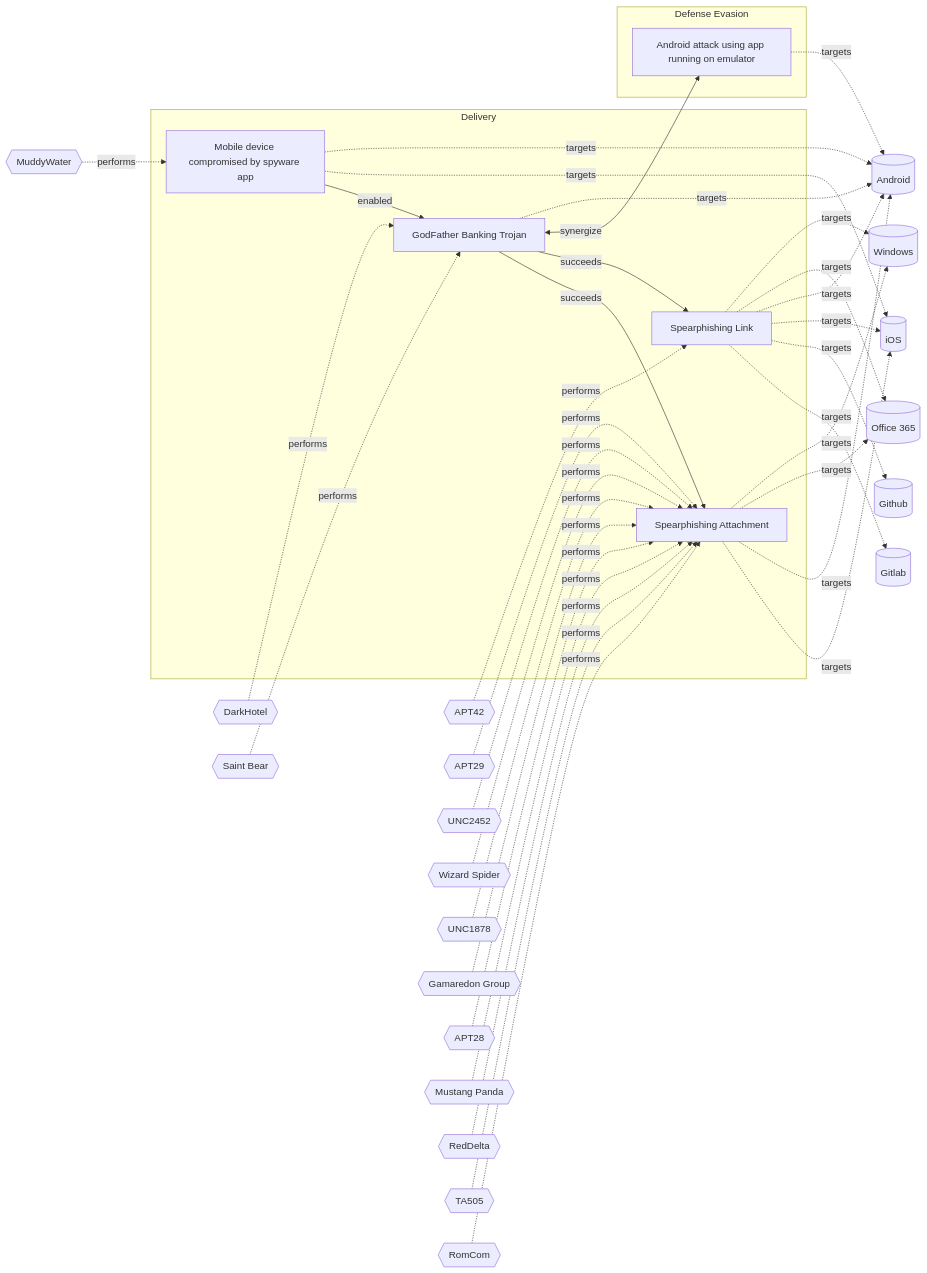
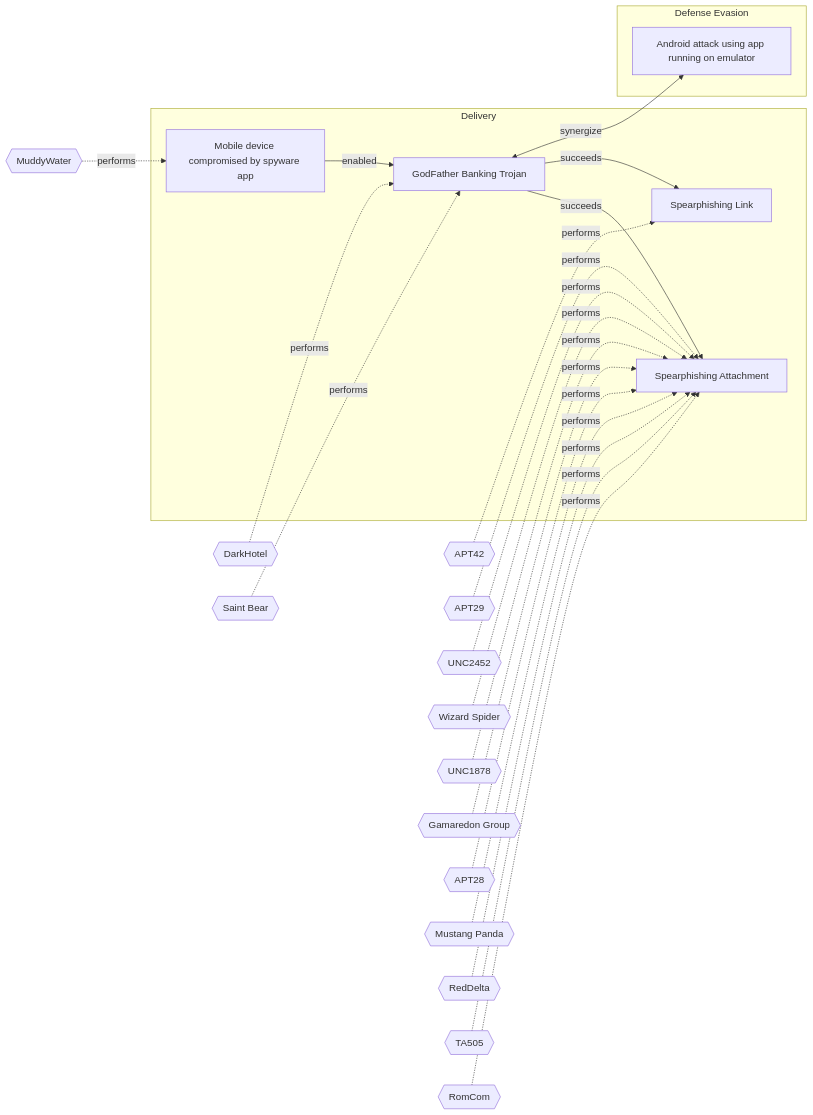
The diagram in Models/Threat Vectors/☣️ Android attack using app running on emulator.md (OpenTideHQ/WikiTide), drawn with Mermaid before and after one commit. The commit also changed other lines of this file and 232 other files, not shown here.

````diff
--- a/Models/Threat Vectors/☣️ Android attack using app running on emulator.md
+++ b/Models/Threat Vectors/☣️ Android attack using app running on emulator.md
@@ -90,76 +90,56 @@
 ```mermaid
 
 flowchart LR
 
 46a79e6f-3df1-4332-a452-3f1fe83bdaf3[GodFather Banking Trojan]
 4a4a7c81-ca98-4761-8f23-7ef6354e9d1c[Android attack using app running on emulator]
 1a68b5eb-0112-424d-a21f-88dda0b6b8df[Spearphishing Link]
 dd5d942c-bac4-4000-b9a6-ca4fef6cfb84[Spearphishing Attachment]
 99c78650-8e19-4756-90fb-2573242577ca[Mobile device compromised by spyware app]
 
 subgraph Delivery
 46a79e6f-3df1-4332-a452-3f1fe83bdaf3
 1a68b5eb-0112-424d-a21f-88dda0b6b8df
 dd5d942c-bac4-4000-b9a6-ca4fef6cfb84
 99c78650-8e19-4756-90fb-2573242577ca
 end
 subgraph Defense Evasion
 4a4a7c81-ca98-4761-8f23-7ef6354e9d1c
 end
 
-Android[(Android)]
-Windows[(Windows)]
-Office365[(Office 365)]
-iOS[(iOS)]
-Github[(Github)]
-Gitlab[(Gitlab)]
 DarkHotel{{DarkHotel}}
 SaintBear{{Saint Bear}}
 APT42{{APT42}}
 APT29{{APT29}}
 UNC2452{{UNC2452}}
 WizardSpider{{Wizard Spider}}
 UNC1878{{UNC1878}}
 GamaredonGroup{{Gamaredon Group}}
 APT28{{APT28}}
 MustangPanda{{Mustang Panda}}
 RedDelta{{RedDelta}}
 TA505{{TA505}}
 RomCom{{RomCom}}
 MuddyWater{{MuddyWater}}
 
-46a79e6f-3df1-4332-a452-3f1fe83bdaf3 -.->|targets| Android
-4a4a7c81-ca98-4761-8f23-7ef6354e9d1c -.->|targets| Android
-1a68b5eb-0112-424d-a21f-88dda0b6b8df -.->|targets| Windows
-1a68b5eb-0112-424d-a21f-88dda0b6b8df -.->|targets| Office365
-1a68b5eb-0112-424d-a21f-88dda0b6b8df -.->|targets| Android
-1a68b5eb-0112-424d-a21f-88dda0b6b8df -.->|targets| iOS
-1a68b5eb-0112-424d-a21f-88dda0b6b8df -.->|targets| Github
-1a68b5eb-0112-424d-a21f-88dda0b6b8df -.->|targets| Gitlab
-dd5d942c-bac4-4000-b9a6-ca4fef6cfb84 -.->|targets| Windows
-dd5d942c-bac4-4000-b9a6-ca4fef6cfb84 -.->|targets| Office365
-dd5d942c-bac4-4000-b9a6-ca4fef6cfb84 -.->|targets| Android
-dd5d942c-bac4-4000-b9a6-ca4fef6cfb84 -.->|targets| iOS
-99c78650-8e19-4756-90fb-2573242577ca -.->|targets| Android
-99c78650-8e19-4756-90fb-2573242577ca -.->|targets| iOS
 DarkHotel -.-> |performs| 46a79e6f-3df1-4332-a452-3f1fe83bdaf3
 SaintBear -.-> |performs| 46a79e6f-3df1-4332-a452-3f1fe83bdaf3
 APT42 -.-> |performs| 1a68b5eb-0112-424d-a21f-88dda0b6b8df
 APT29 -.-> |performs| dd5d942c-bac4-4000-b9a6-ca4fef6cfb84
 UNC2452 -.-> |performs| dd5d942c-bac4-4000-b9a6-ca4fef6cfb84
 WizardSpider -.-> |performs| dd5d942c-bac4-4000-b9a6-ca4fef6cfb84
 UNC1878 -.-> |performs| dd5d942c-bac4-4000-b9a6-ca4fef6cfb84
 GamaredonGroup -.-> |performs| dd5d942c-bac4-4000-b9a6-ca4fef6cfb84
 APT28 -.-> |performs| dd5d942c-bac4-4000-b9a6-ca4fef6cfb84
 MustangPanda -.-> |performs| dd5d942c-bac4-4000-b9a6-ca4fef6cfb84
 RedDelta -.-> |performs| dd5d942c-bac4-4000-b9a6-ca4fef6cfb84
 TA505 -.-> |performs| dd5d942c-bac4-4000-b9a6-ca4fef6cfb84
 RomCom -.-> |performs| dd5d942c-bac4-4000-b9a6-ca4fef6cfb84
 MuddyWater -.-> |performs| 99c78650-8e19-4756-90fb-2573242577ca
 
 46a79e6f-3df1-4332-a452-3f1fe83bdaf3 <-->|synergize| 4a4a7c81-ca98-4761-8f23-7ef6354e9d1c
 46a79e6f-3df1-4332-a452-3f1fe83bdaf3 -->|succeeds| 1a68b5eb-0112-424d-a21f-88dda0b6b8df
 46a79e6f-3df1-4332-a452-3f1fe83bdaf3 -->|succeeds| dd5d942c-bac4-4000-b9a6-ca4fef6cfb84
 99c78650-8e19-4756-90fb-2573242577ca -->|enabled| 46a79e6f-3df1-4332-a452-3f1fe83bdaf3
 
 ```
````
